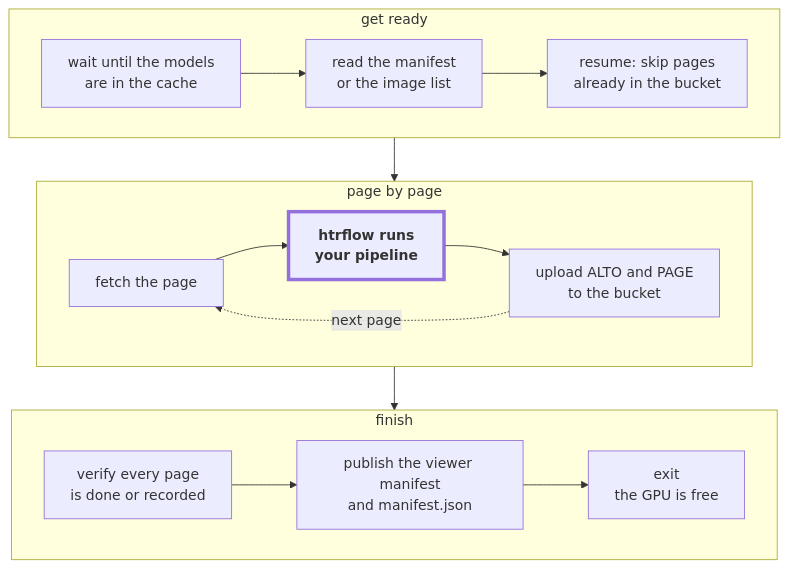
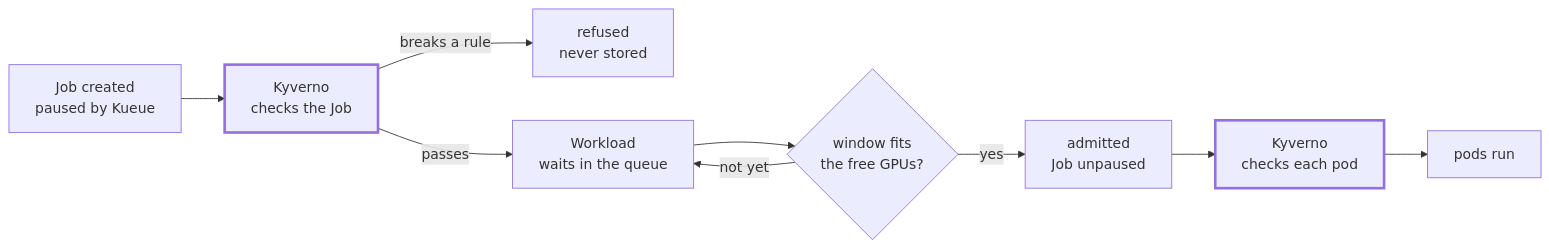
Before and after one commit to AI-Riksarkivet/htrflow-batch: the diagram in docs/slides/assets/part-1-from-one-folder-to-the-archive-4.mmd, drawn with Mermaid. The commit also changed 10 other files, not shown here.

First line of the commit message:
docs(slides): introduce what is inside what before Kyverno and Kueue

```diff
--- a/docs/slides/assets/part-1-from-one-folder-to-the-archive-4.mmd
+++ b/docs/slides/assets/part-1-from-one-folder-to-the-archive-4.mmd
@@ -1,16 +1,16 @@
-flowchart TB
-  subgraph A["get ready"]
-    direction LR
-    W["wait until the models<br/>are in the cache"] --> M["read the manifest<br/>or the image list"] --> R["resume: skip pages<br/>already in the bucket"]
-  end
-  subgraph B["page by page"]
-    direction LR
-    F["fetch the page"] --> H["htrflow runs<br/>your pipeline"] --> U["upload ALTO and PAGE<br/>to the bucket"]
-    U -. "next page" .-> F
-  end
-  subgraph C["finish"]
-    direction LR
-    V["verify every page<br/>is done or recorded"] --> P["publish the viewer manifest<br/>and manifest.json"] --> X["exit<br/>the GPU is free"]
-  end
-  A --> B --> C
-  style H stroke-width:4px,font-weight:bold
+flowchart LR
+  J["Job created<br/>paused by Kueue"]
+  K1["Kyverno<br/>checks the Job"]
+  REFUSED["refused<br/>never stored"]
+  W["Workload<br/>waits in the queue"]
+  Q{"window fits<br/>the free GPUs?"}
+  R["admitted<br/>Job unpaused"]
+  K2["Kyverno<br/>checks each pod"]
+  P["pods run"]
+  J --> K1
+  K1 -->|"breaks a rule"| REFUSED
+  K1 -->|"passes"| W --> Q
+  Q -->|"not yet"| W
+  Q -->|"yes"| R --> K2 --> P
+  style K1 stroke-width:3px
+  style K2 stroke-width:3px
```
